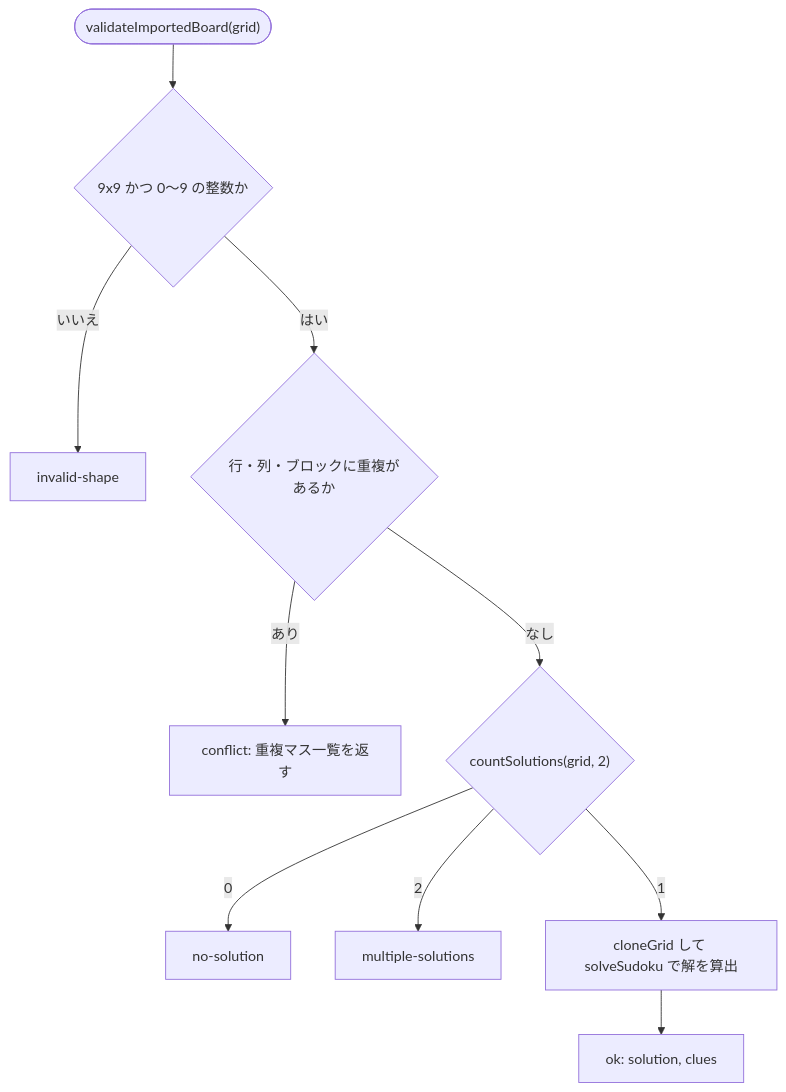
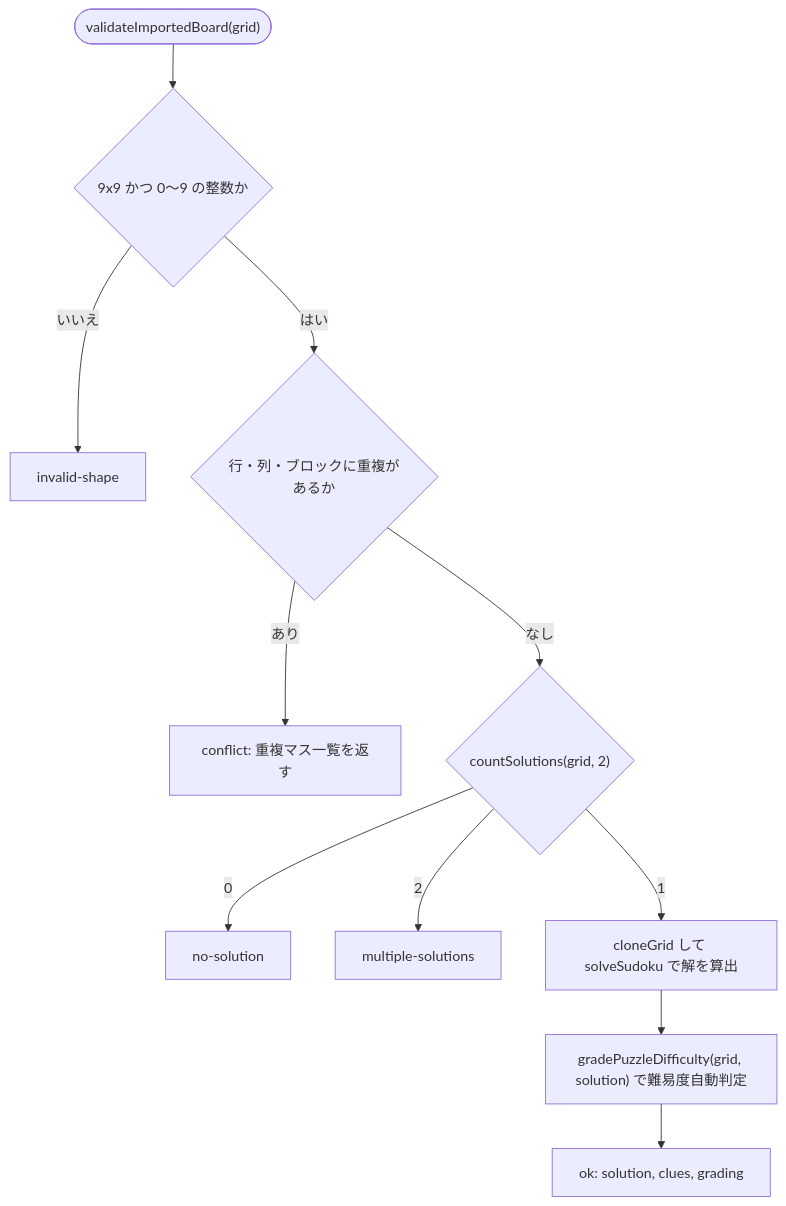
The fifth of 9 diagrams in docs/design.md (Bamboosato/sudoku-ai-app), drawn with Mermaid before and after one commit. The commit also changed other lines of this file and 1 other file, not shown here.

Commit message:
docs: add specifications for 5 difficulty levels, puzzle grading, timer pause, and saved puzzles

````diff
--- a/docs/design.md
+++ b/docs/design.md
@@ -430,12 +452,13 @@
 ```mermaid
 flowchart TD
     Start(["validateImportedBoard(grid)"]) --> Shape{"9x9 かつ 0〜9 の整数か"}
     Shape -- "いいえ" --> R1["invalid-shape"]
     Shape -- "はい" --> Dup{"行・列・ブロックに重複があるか"}
     Dup -- "あり" --> R2["conflict: 重複マス一覧を返す"]
     Dup -- "なし" --> Count{"countSolutions(grid, 2)"}
     Count -- "0" --> R3["no-solution"]
     Count -- "2" --> R4["multiple-solutions"]
     Count -- "1" --> Solve["cloneGrid して solveSudoku で解を算出"]
-    Solve --> R5["ok: solution, clues"]
+    Solve --> Grade["gradePuzzleDifficulty(grid, solution) で難易度自動判定"]
+    Grade --> R5["ok: solution, clues, grading"]
 ```
````
